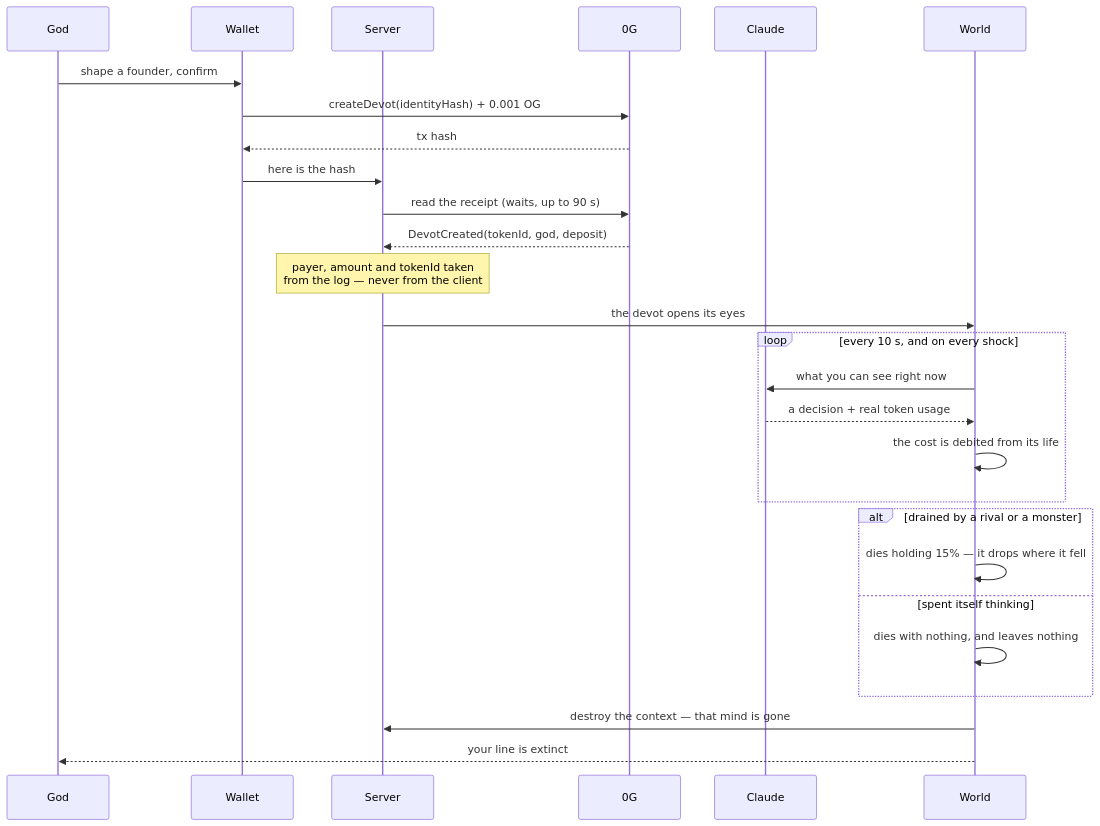
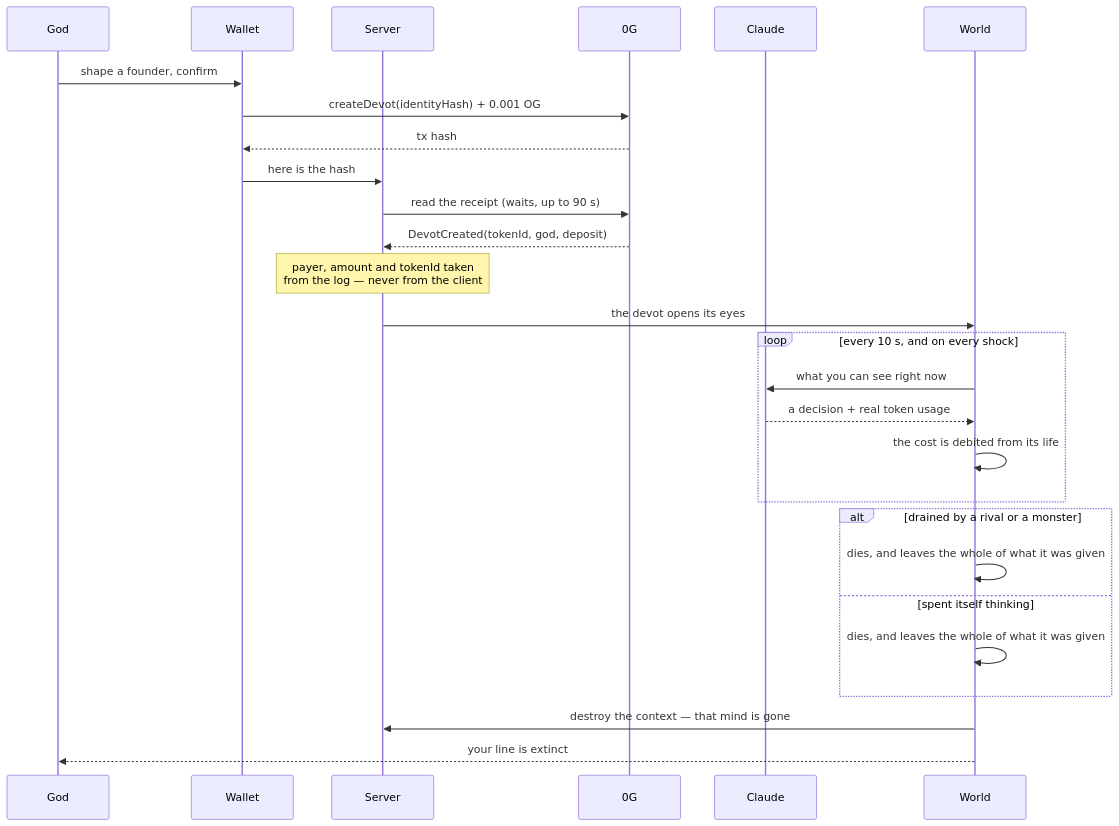
One commit to flphth/devot changed the second of 4 diagrams in README.md. Above: the diagram before and after it, drawn with Mermaid. The commit also changed other lines of this file and 25 other files, not shown here.

````diff
--- a/README.md
+++ b/README.md
@@ -143,33 +143,33 @@
 ```mermaid
 sequenceDiagram
     participant God as God
     participant MM as Wallet
     participant Srv as Server
     participant OG as 0G
     participant Mind as Claude
     participant World as World
 
     God->>MM: shape a founder, confirm
     MM->>OG: createDevot(identityHash) + 0.001 OG
     OG-->>MM: tx hash
     MM->>Srv: here is the hash
     Srv->>OG: read the receipt (waits, up to 90 s)
     OG-->>Srv: DevotCreated(tokenId, god, deposit)
     Note over Srv: payer, amount and tokenId taken<br/>from the log — never from the client
     Srv->>World: the devot opens its eyes
 
     loop every 10 s, and on every shock
         World->>Mind: what you can see right now
         Mind-->>World: a decision + real token usage
         World->>World: the cost is debited from its life
     end
 
     alt drained by a rival or a monster
-        World->>World: dies holding 15% — it drops where it fell
+        World->>World: dies, and leaves the whole of what it was given
     else spent itself thinking
-        World->>World: dies with nothing, and leaves nothing
+        World->>World: dies, and leaves the whole of what it was given
     end
 
     World->>Srv: destroy the context — that mind is gone
     World-->>God: your line is extinct
 ```
````
